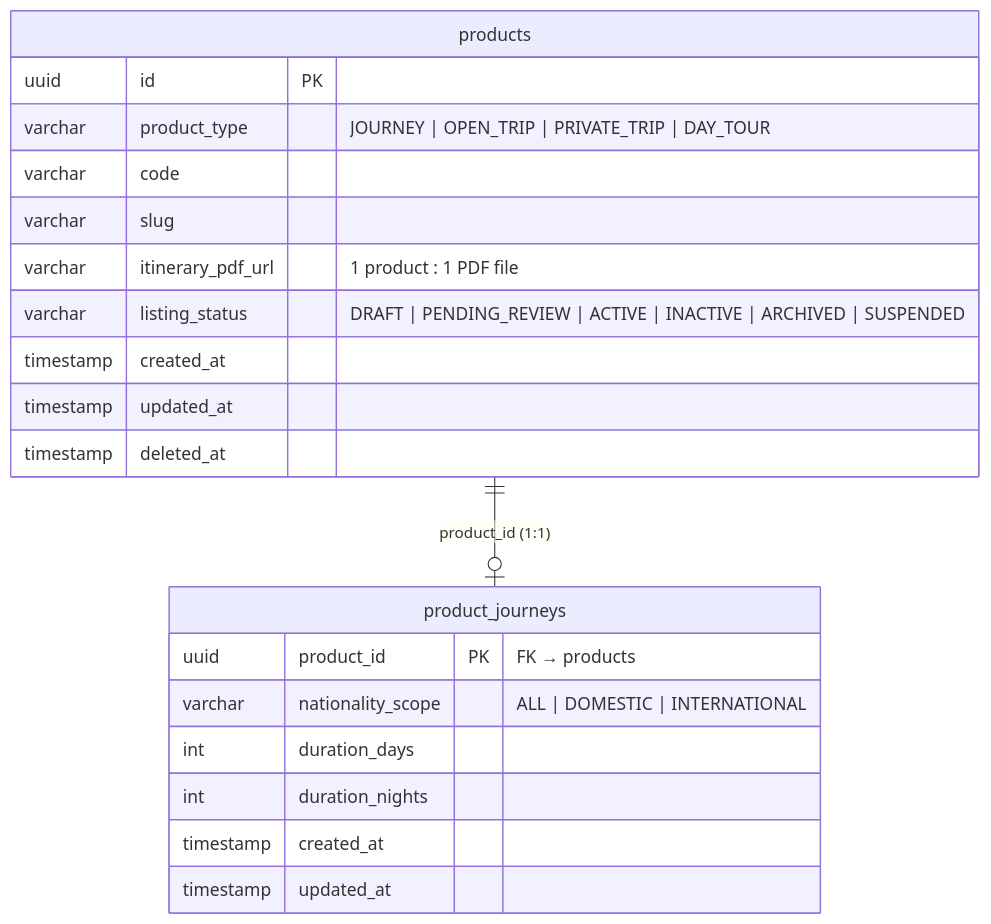
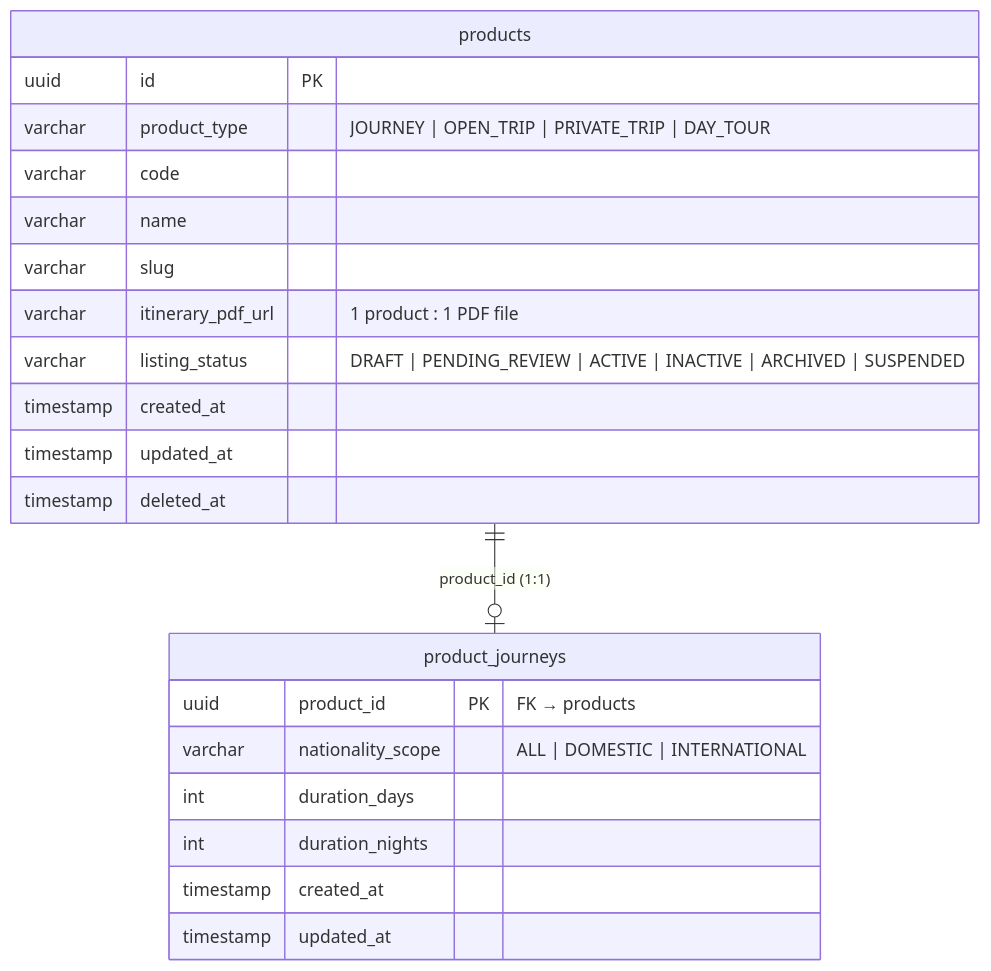
The second of 8 diagrams in product-technical-design.md (Haris-saifudin/hobiholidays-documentations), drawn with Mermaid before and after one commit. The commit also changed other lines of this file and 12 other files, not shown here.

````diff
--- a/product-technical-design.md
+++ b/product-technical-design.md
@@ -404,25 +459,26 @@
 ```mermaid
 erDiagram
     products {
         uuid      id                PK
         varchar   product_type      "JOURNEY | OPEN_TRIP | PRIVATE_TRIP | DAY_TOUR"
         varchar   code
+        varchar   name
         varchar   slug
         varchar   itinerary_pdf_url "1 product : 1 PDF file"
         varchar   listing_status    "DRAFT | PENDING_REVIEW | ACTIVE | INACTIVE | ARCHIVED | SUSPENDED"
         timestamp created_at
         timestamp updated_at
         timestamp deleted_at
     }
 
     product_journeys {
         uuid      product_id        PK "FK → products"
         varchar   nationality_scope "ALL | DOMESTIC | INTERNATIONAL"
         int       duration_days
         int       duration_nights
         timestamp created_at
         timestamp updated_at
     }
 
     products           ||--o| product_journeys: "product_id (1:1)"
 ```
````
